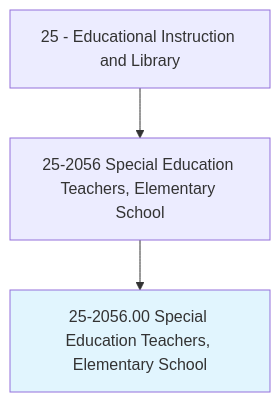
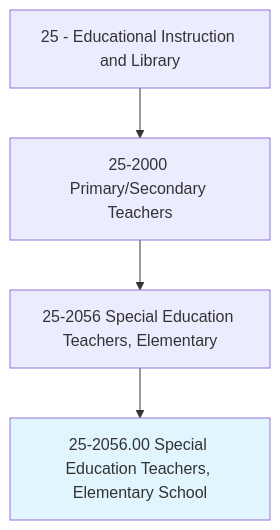
Before and after one commit to kziemski/business.org.ai: the first of 4 diagrams in occupations/Education/SpecialEducationTeachersElementarySchool.mdx, drawn with Mermaid. The commit also changed other lines of this file and 938 other files, not shown here.

````diff
--- a/occupations/Education/SpecialEducationTeachersElementarySchool.mdx
+++ b/occupations/Education/SpecialEducationTeachersElementarySchool.mdx
@@ -19,6 +23,7 @@
 ```mermaid
 graph TD
-    Cat25["25 - Educational Instruction and Library"] --> Group252056["25-2056 Special Education Teachers, Elementary School"]
+    Cat25["25 - Educational Instruction and Library"] --> Group252["25-2000 Primary/Secondary Teachers"]
+    Group252 --> Group252056["25-2056 Special Education Teachers, Elementary"]
     Group252056 --> Current["25-2056.00 Special Education Teachers, Elementary School"]
     style Current fill:#e1f5fe
 ```
````
